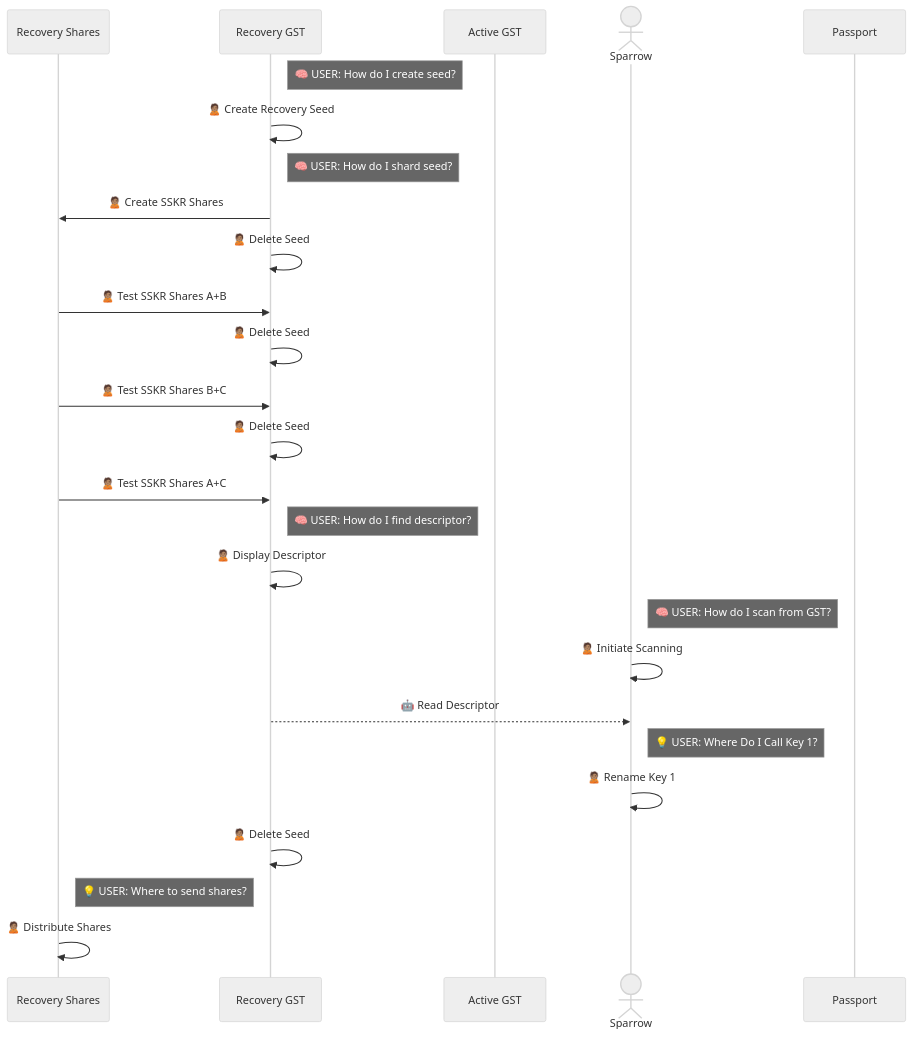
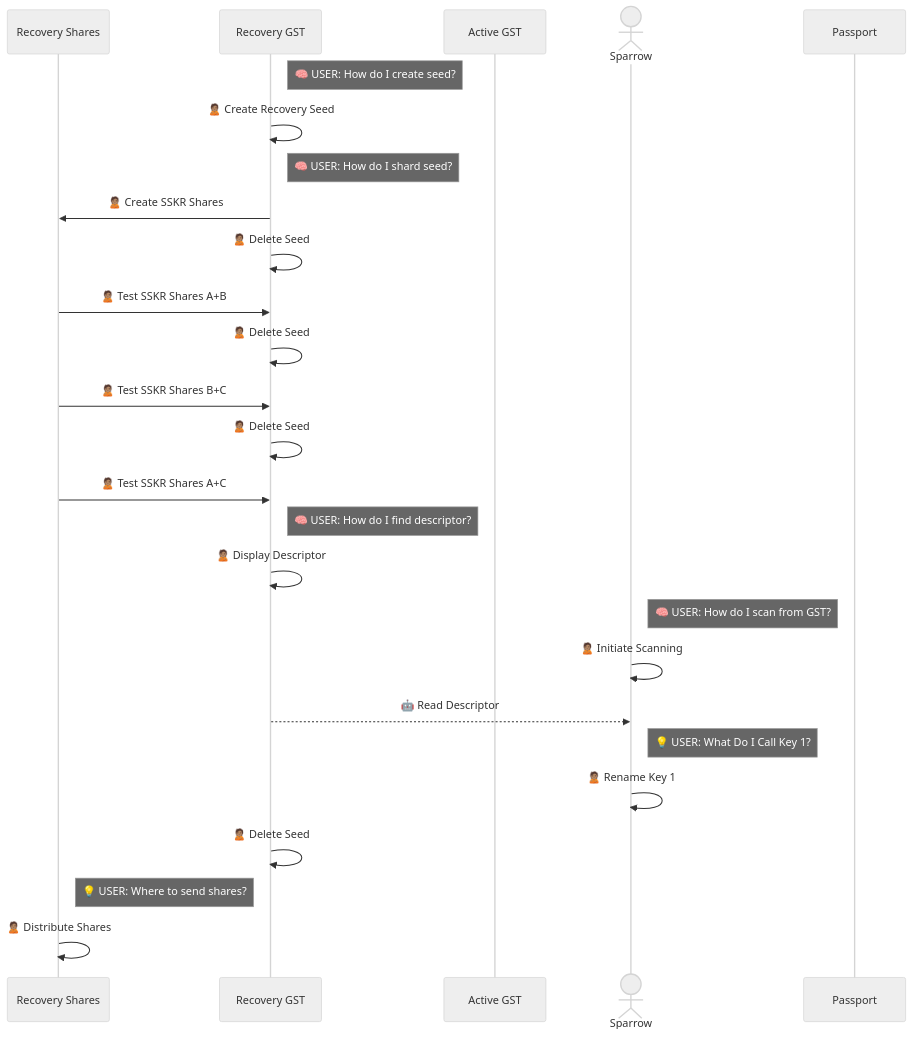
Before and after one commit to BlockchainCommons/SmartCustody: the second of 12 diagrams in Docs/Scenario-Multisig-RR.md, drawn with Mermaid (neutral theme). The commit also changed other lines of this file, not shown here.

````diff
--- a/Docs/Scenario-Multisig-RR.md
+++ b/Docs/Scenario-Multisig-RR.md
@@ -38,30 +38,30 @@
 ```mermaid
 sequenceDiagram
 participant Rs as Recovery Shares
 participant R as Recovery GST
 participant S1 as Active GST
 actor TC as Sparrow
 participant S2 as Passport
 
 note right of R: 🧠 USER: How do I create seed?
 R->>R: 🙎🏽 Create Recovery Seed
 note right of R: 🧠 USER: How do I shard seed?
 R->>Rs: 🙎🏽 Create SSKR Shares
 R->>R: 🙎🏽 Delete Seed
 Rs->>R: 🙎🏽 Test SSKR Shares A+B
 R->>R: 🙎🏽 Delete Seed
 Rs->>R: 🙎🏽 Test SSKR Shares B+C
 R->>R: 🙎🏽 Delete Seed
 Rs->>R: 🙎🏽 Test SSKR Shares A+C
 
 note right of R: 🧠 USER: How do I find descriptor?
 R->>R: 🙎🏽 Display Descriptor
 note right of TC: 🧠 USER: How do I scan from GST?
 TC->>TC: 🙎🏽 Initiate Scanning
 R-->>TC: 🤖 Read Descriptor
-note right of TC: 💡 USER: Where Do I Call Key 1?
+note right of TC: 💡 USER: What Do I Call Key 1?
 TC->>TC: 🙎🏽 Rename Key 1
 R->>R: 🙎🏽 Delete Seed
 note right of Rs: 💡 USER: Where to send shares?
 Rs->>Rs: 🙎🏽 Distribute Shares
 ```
````
